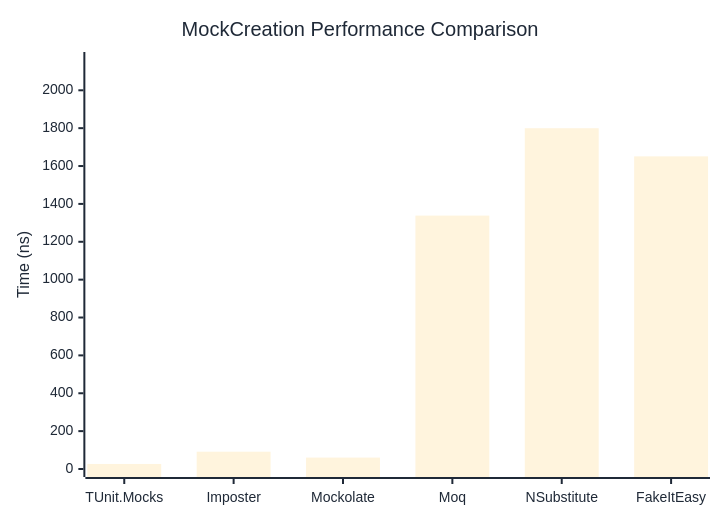
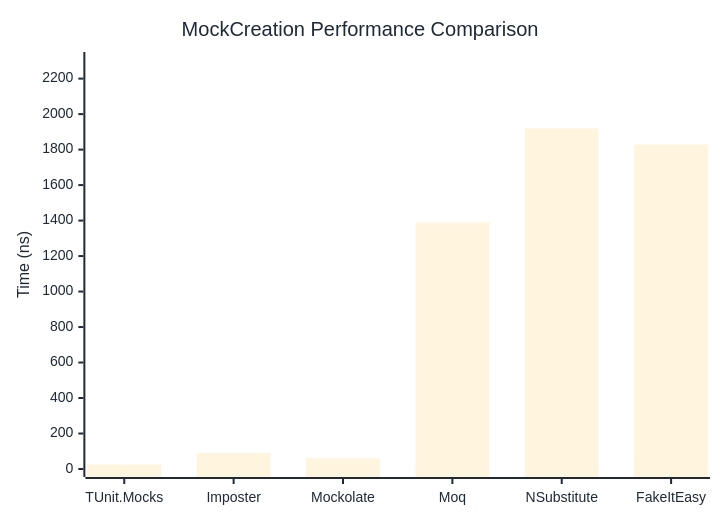
Before and after one commit to thomhurst/TUnit: the first of 2 diagrams in docs/docs/benchmarks/mocks/MockCreation.md, drawn with Mermaid. The commit also changed other lines of this file and 14 other files, not shown here.

````diff
--- a/docs/docs/benchmarks/mocks/MockCreation.md
+++ b/docs/docs/benchmarks/mocks/MockCreation.md
@@ -28,27 +28,27 @@
 ```mermaid
 %%{init: {
   'theme':'base',
   'themeVariables': {
     'primaryColor': '#2563eb',
     'primaryTextColor': '#1f2937',
     'primaryBorderColor': '#1e40af',
     'lineColor': '#6b7280',
     'secondaryColor': '#7c3aed',
     'tertiaryColor': '#dc2626',
     'background': '#ffffff',
     'pie1': '#2563eb',
     'pie2': '#7c3aed',
     'pie3': '#dc2626',
     'pie4': '#f59e0b',
     'pie5': '#10b981',
     'pie6': '#06b6d4',
     'pie7': '#ec4899',
     'pie8': '#6366f1'
   }
 }}%%
 xychart-beta
   title "MockCreation Performance Comparison"
   x-axis ["TUnit.Mocks", "Imposter", "Mockolate", "Moq", "NSubstitute", "FakeItEasy"]
-  y-axis "Time (ns)" 0 --> 2160
-  bar [26.63, 91.31, 60.32, 1338.29, 1799.74, 1651.04]
+  y-axis "Time (ns)" 0 --> 2305
+  bar [24.96, 90.15, 60.17, 1389.89, 1920.1, 1828.75]
 ```
````
